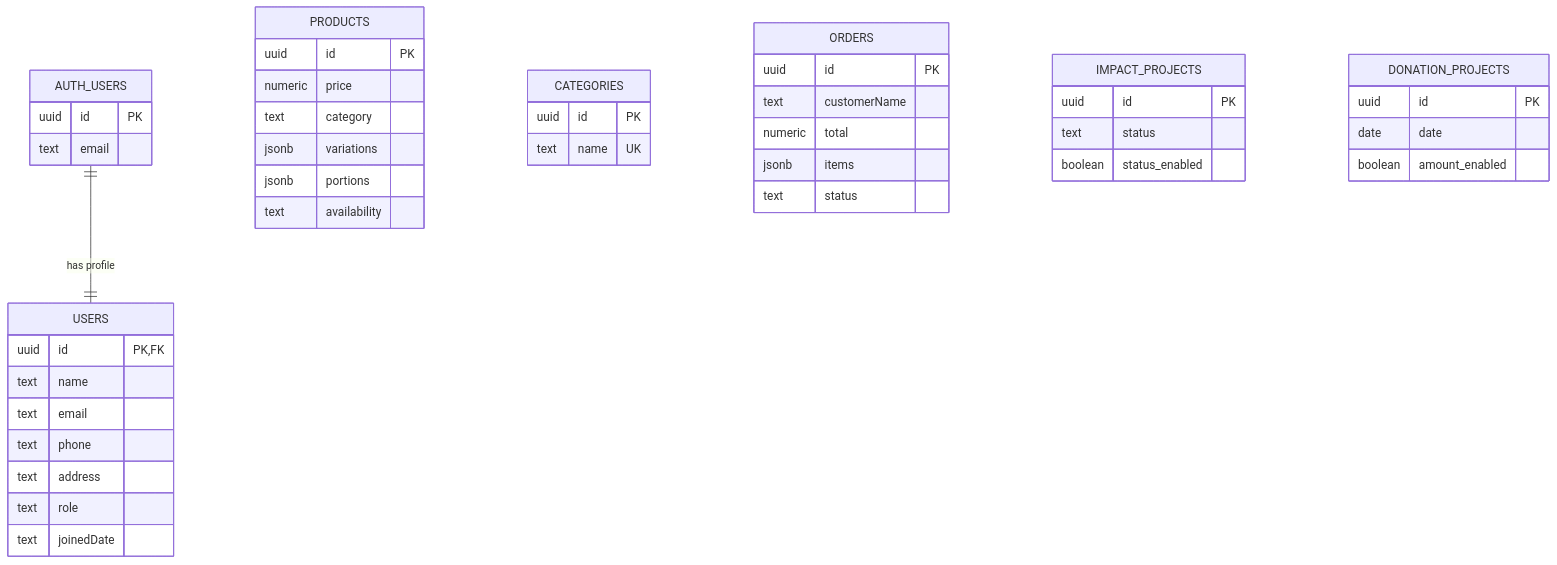
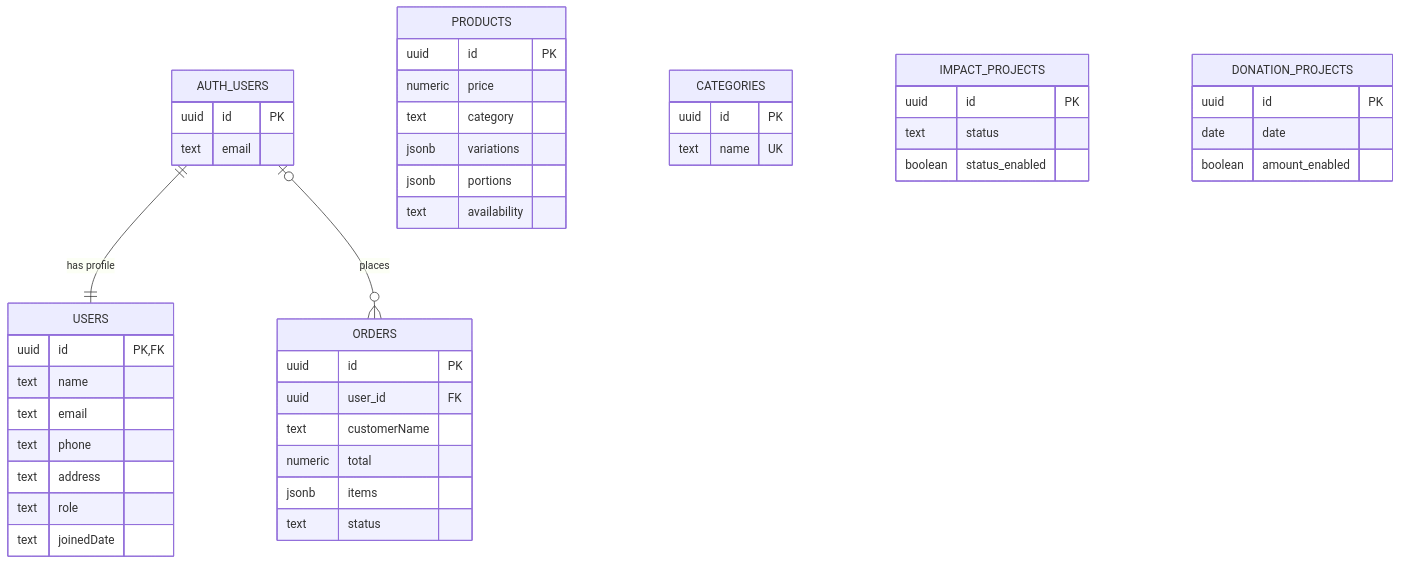
The sixth of 6 diagrams in docs/ARCHITECTURE_DESIGN.md (yiyangsam/Altitude-Ally), drawn with Mermaid before and after one commit. The commit also changed other lines of this file and 7 other files, not shown here.

````diff
--- a/docs/ARCHITECTURE_DESIGN.md
+++ b/docs/ARCHITECTURE_DESIGN.md
@@ -478,47 +478,49 @@
 ```mermaid
 erDiagram
     AUTH_USERS ||--|| USERS : "has profile"
+    AUTH_USERS o|--o{ ORDERS : "places"
 
     AUTH_USERS {
         uuid id PK
         text email
     }
     USERS {
         uuid id PK,FK
         text name
         text email
         text phone
         text address
         text role
         text joinedDate
     }
     PRODUCTS {
         uuid id PK
         numeric price
         text category
         jsonb variations
         jsonb portions
         text availability
     }
     CATEGORIES {
         uuid id PK
         text name UK
     }
     ORDERS {
         uuid id PK
+        uuid user_id FK
         text customerName
         numeric total
         jsonb items
         text status
     }
     IMPACT_PROJECTS {
         uuid id PK
         text status
         boolean status_enabled
     }
     DONATION_PROJECTS {
         uuid id PK
         date date
         boolean amount_enabled
     }
 ```
````
